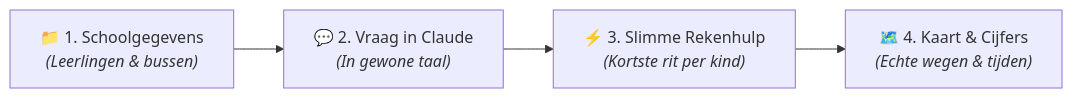
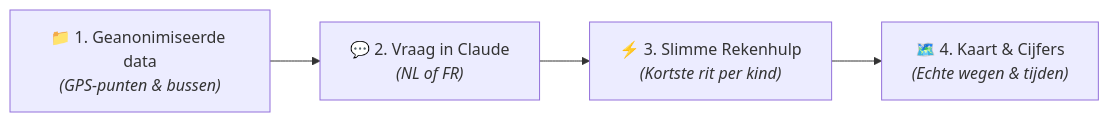
Before and after one commit to markminnoye/de-pass-routeplanning: the diagram in README.md, drawn with Mermaid. The commit also changed other lines of this file and 2 other files, not shown here.

````diff
--- a/README.md
+++ b/README.md
@@ -41,6 +43,6 @@
 ```mermaid
 flowchart LR
-    A["📁 1. Schoolgegevens<br/><i>(Leerlingen & bussen)</i>"] --> B["💬 2. Vraag in Claude<br/><i>(In gewone taal)</i>"]
+    A["📁 1. Geanonimiseerde data<br/><i>(GPS-punten & bussen)</i>"] --> B["💬 2. Vraag in Claude<br/><i>(NL of FR)</i>"]
     B --> C["⚡ 3. Slimme Rekenhulp<br/><i>(Kortste rit per kind)</i>"]
     C --> D["🗺️ 4. Kaart & Cijfers<br/><i>(Echte wegen & tijden)</i>"]
 ```
````
